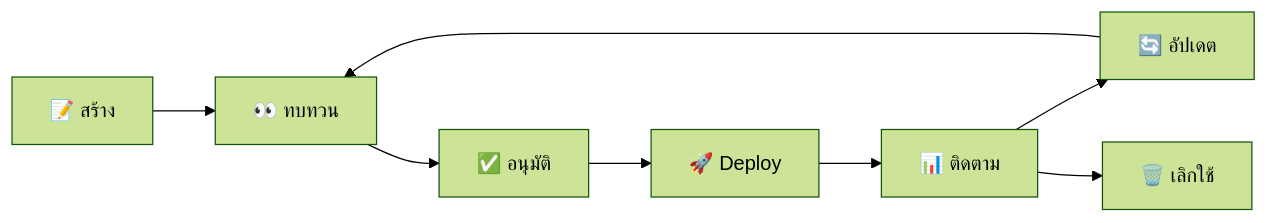
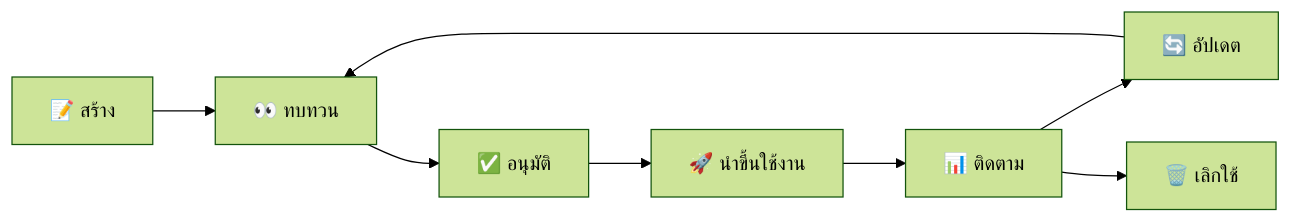
Before and after one commit to nutthakorn7/SOC-Standard-Operating-Procedures: the second of 2 diagrams in 03_User_Guides/Content_Management.th.md, drawn with Mermaid (forest theme). The commit also changed other lines of this file and 7 other files, not shown here.

````diff
--- a/03_User_Guides/Content_Management.th.md
+++ b/03_User_Guides/Content_Management.th.md
@@ -149,10 +149,10 @@
 ```mermaid
 graph LR
     Create["📝 สร้าง"] --> Review["👀 ทบทวน"]
     Review --> Approve["✅ อนุมัติ"]
-    Approve --> Deploy["🚀 Deploy"]
+    Approve --> Deploy["🚀 นำขึ้นใช้งาน"]
     Deploy --> Monitor["📊 ติดตาม"]
     Monitor --> Update["🔄 อัปเดต"]
     Update --> Review
     Monitor --> Retire["🗑️ เลิกใช้"]
 ```
````
